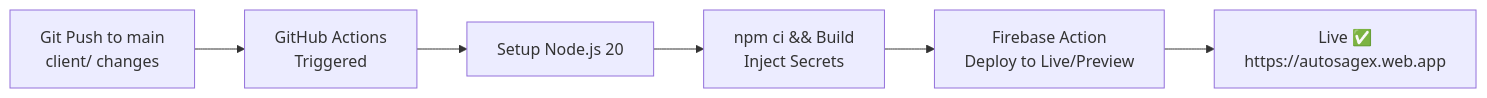
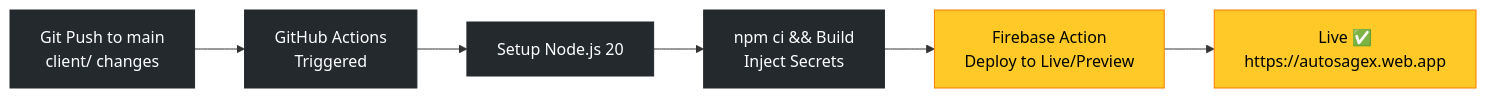
One commit to Lagnajit09/autosage changed the second of 2 diagrams in architecture/client.architecture.md. Above: the diagram before and after it, drawn with Mermaid. The commit also changed other lines of this file and 3 other files, not shown here.

Commit message:
updt: architecture diagrams

````diff
--- a/architecture/client.architecture.md
+++ b/architecture/client.architecture.md
@@ -35,8 +39,11 @@
 ```mermaid
 flowchart LR
-    A[Git Push to main\nclient/ changes] --> B[GitHub Actions\nTriggered]
-    B --> C[Setup Node.js 20]
-    C --> D[npm ci && Build\nInject Secrets]
-    D --> E[Firebase Action\nDeploy to Live/Preview]
-    E --> F[Live ✅\nhttps://autosagex.web.app]
+    classDef github fill:#24292e,stroke:#24292e,color:#fff
+    classDef firebase fill:#ffca28,stroke:#f57c00,color:#000
+
+    A[Git Push to main\nclient/ changes]:::github --> B[GitHub Actions\nTriggered]:::github
+    B --> C[Setup Node.js 20]:::github
+    C --> D[npm ci && Build\nInject Secrets]:::github
+    D --> E[Firebase Action\nDeploy to Live/Preview]:::firebase
+    E --> F[Live ✅\nhttps://autosagex.web.app]:::firebase
 ```
````
